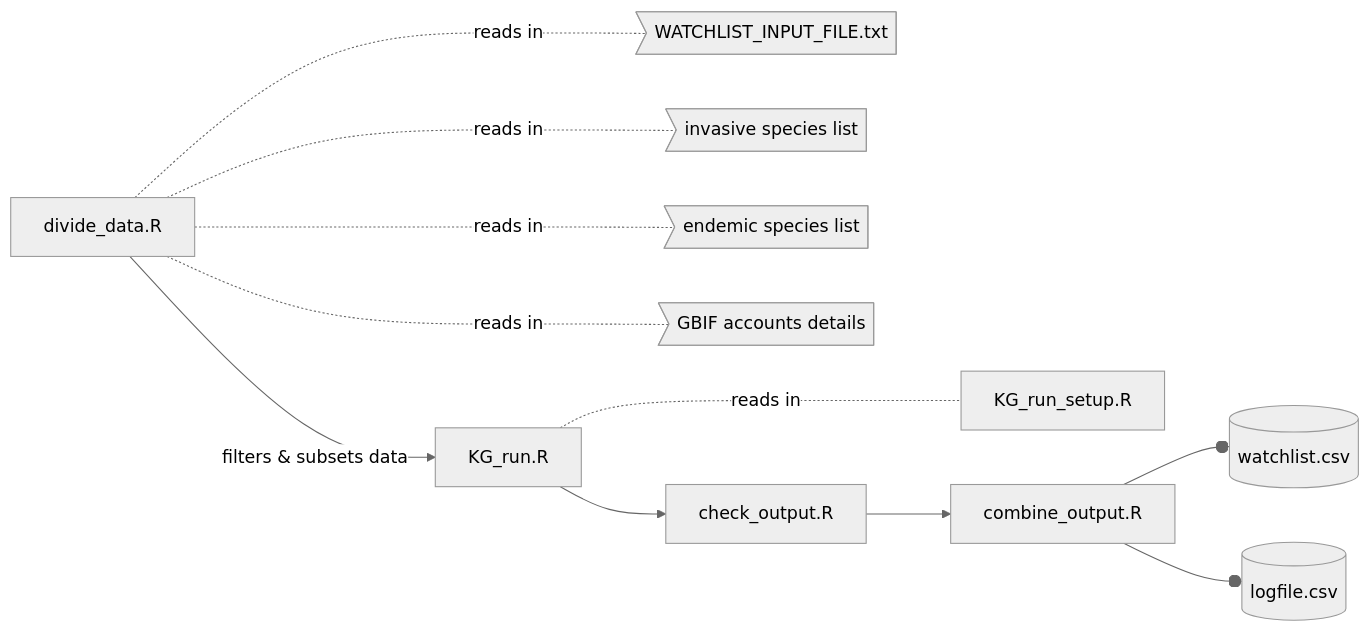
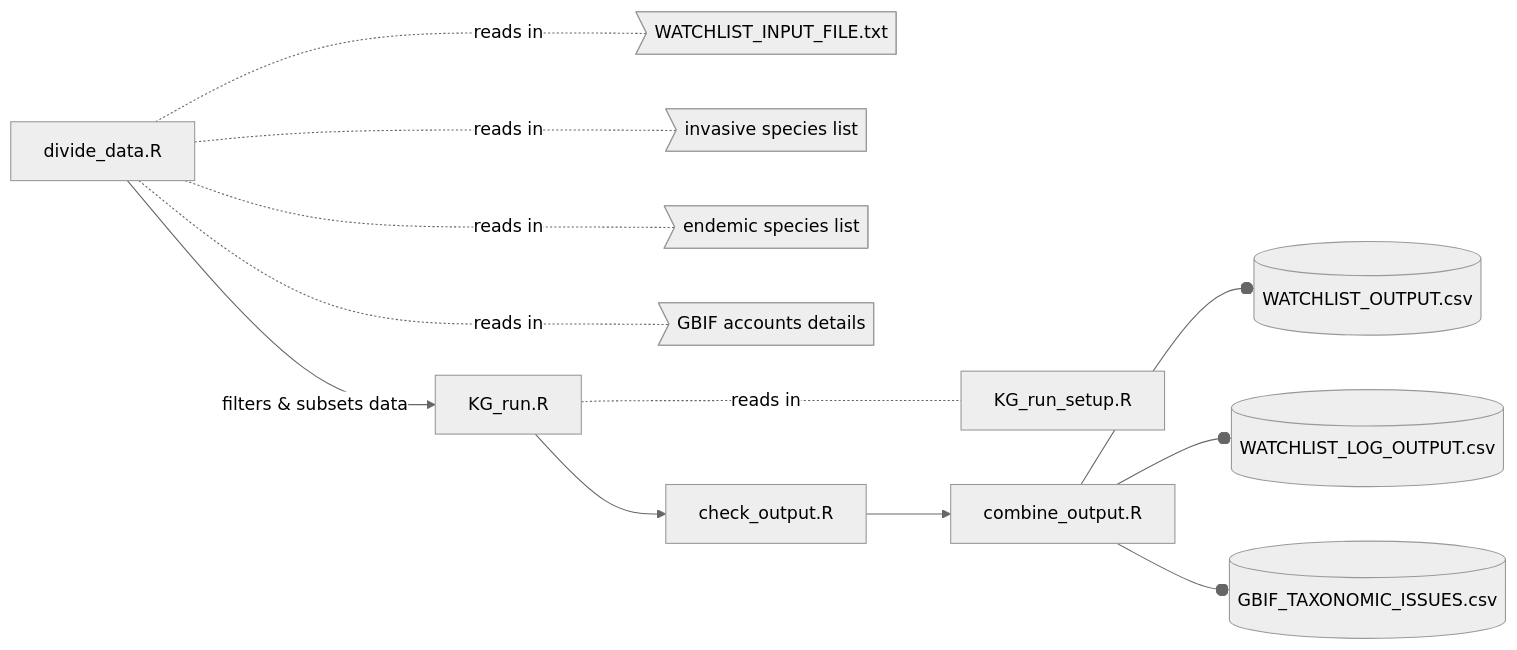
Before and after one commit to clarkevansteenderen/KG_watchlist_parallel: the diagram in README.md, drawn with Mermaid (neutral theme). The commit also changed other lines of this file, not shown here.

````diff
--- a/README.md
+++ b/README.md
@@ -36,9 +36,9 @@
 ```mermaid
   graph LR;
       A[divide_data.R] --> |filters & subsets data| B[KG_run.R]
       A -..- |reads in| C>WATCHLIST_INPUT_FILE.txt] & D>invasive species list] & E>endemic species list] & F>GBIF accounts details]
       B --> G[check_output.R]
       B -..- |reads in| H[KG_run_setup.R]
       G --> J[combine_output.R]
-      J --o K[(watchlist.csv)] & L[(logfile.csv)]
+      J --o K[(WATCHLIST_OUTPUT.csv)] & L[(WATCHLIST_LOG_OUTPUT.csv)] & M[(GBIF_TAXONOMIC_ISSUES.csv)]
 ```
````
